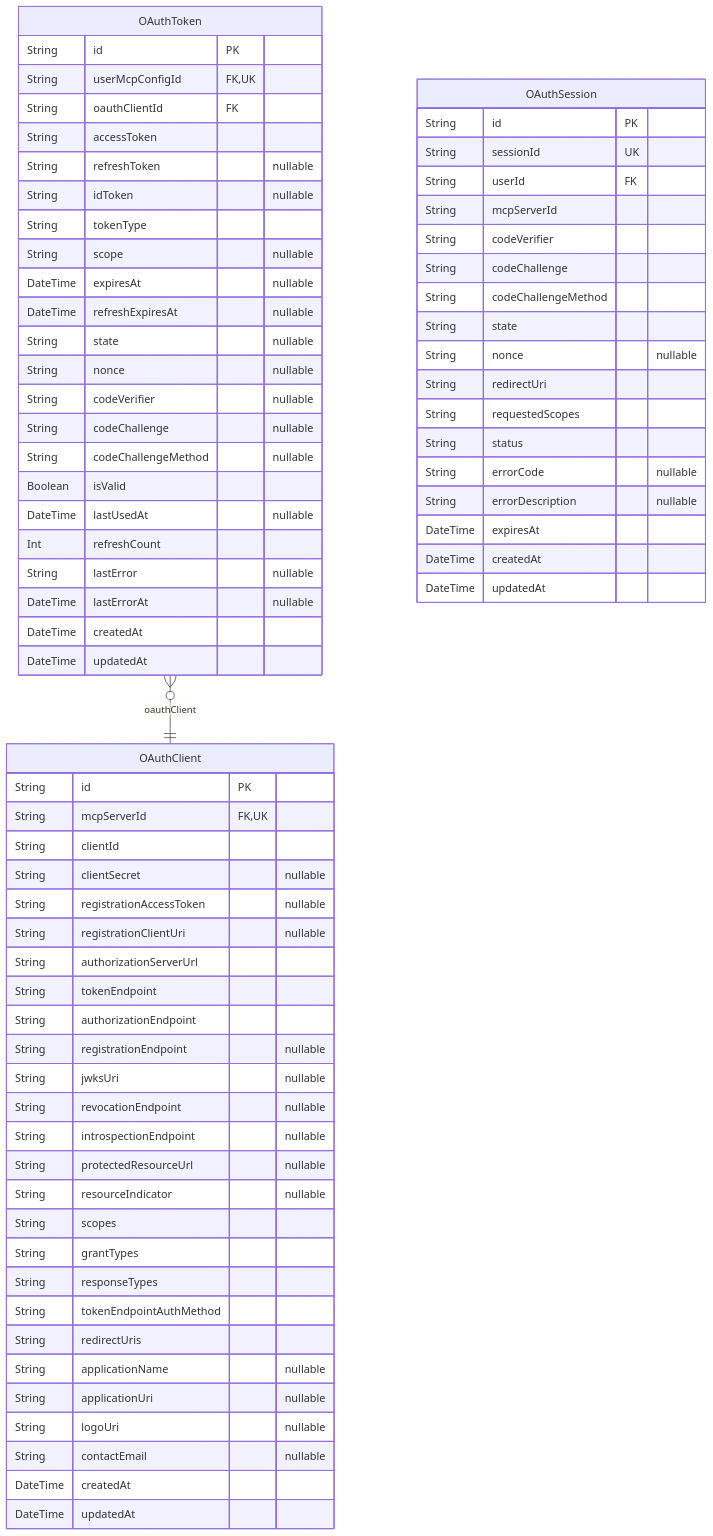
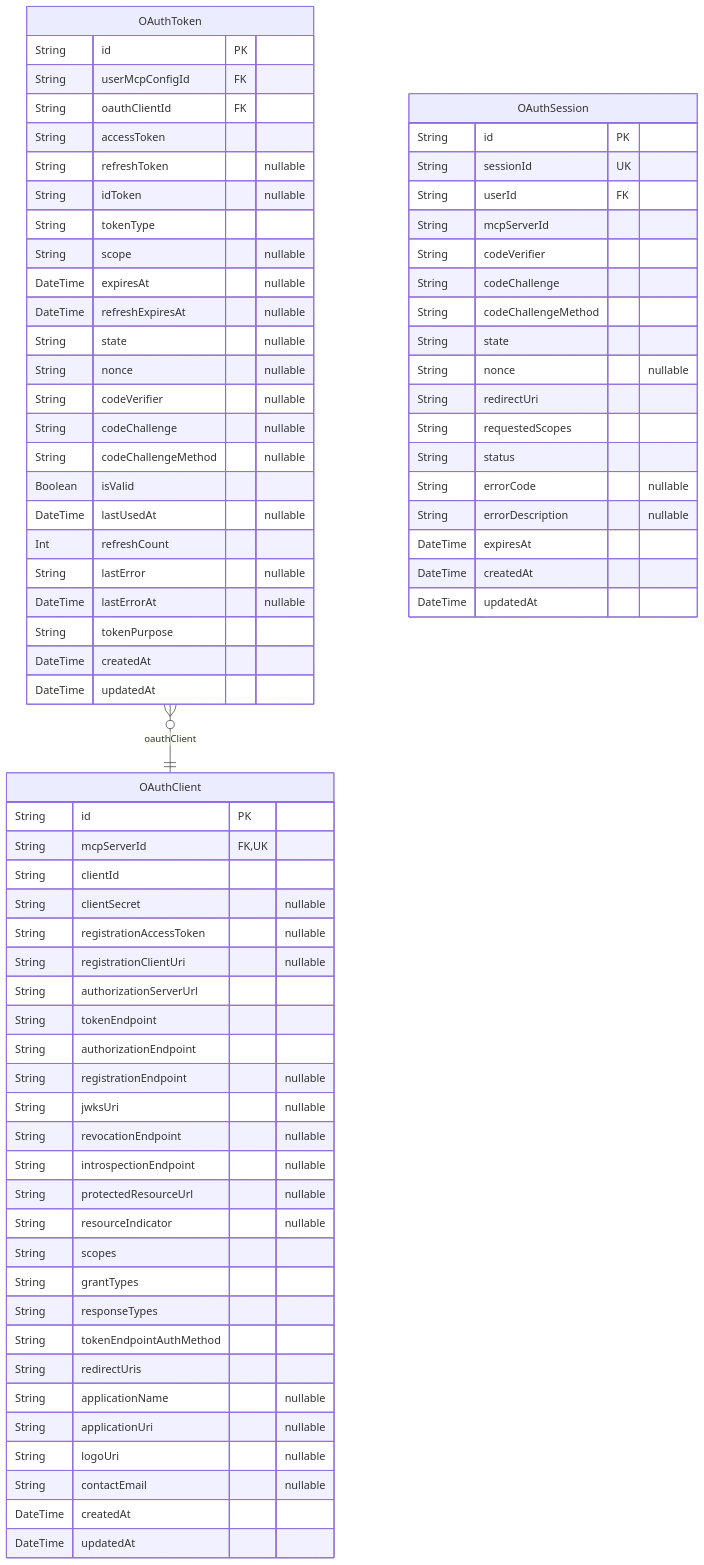
The fourth of 8 diagrams in packages/db/prisma/README.md (rayven122/tumiki), drawn with Mermaid before and after one commit. The commit also changed other lines of this file and 8 other files, not shown here.

First line of the commit message:
feat: Add userId to API Key creation and OAuth token saving

````diff
--- a/packages/db/prisma/README.md
+++ b/packages/db/prisma/README.md
@@ -356,75 +383,76 @@
 ```mermaid
 erDiagram
 "OAuthClient" {
   String id PK
   String mcpServerId FK,UK
   String clientId
   String clientSecret "nullable"
   String registrationAccessToken "nullable"
   String registrationClientUri "nullable"
   String authorizationServerUrl
   String tokenEndpoint
   String authorizationEndpoint
   String registrationEndpoint "nullable"
   String jwksUri "nullable"
   String revocationEndpoint "nullable"
   String introspectionEndpoint "nullable"
   String protectedResourceUrl "nullable"
   String resourceIndicator "nullable"
   String scopes
   String grantTypes
   String responseTypes
   String tokenEndpointAuthMethod
   String redirectUris
   String applicationName "nullable"
   String applicationUri "nullable"
   String logoUri "nullable"
   String contactEmail "nullable"
   DateTime createdAt
   DateTime updatedAt
 }
 "OAuthToken" {
   String id PK
-  String userMcpConfigId FK,UK
+  String userMcpConfigId FK
   String oauthClientId FK
   String accessToken
   String refreshToken "nullable"
   String idToken "nullable"
   String tokenType
   String scope "nullable"
   DateTime expiresAt "nullable"
   DateTime refreshExpiresAt "nullable"
   String state "nullable"
   String nonce "nullable"
   String codeVerifier "nullable"
   String codeChallenge "nullable"
   String codeChallengeMethod "nullable"
   Boolean isValid
   DateTime lastUsedAt "nullable"
   Int refreshCount
   String lastError "nullable"
   DateTime lastErrorAt "nullable"
+  String tokenPurpose
   DateTime createdAt
   DateTime updatedAt
 }
 "OAuthSession" {
   String id PK
   String sessionId UK
   String userId FK
   String mcpServerId
   String codeVerifier
   String codeChallenge
   String codeChallengeMethod
   String state
   String nonce "nullable"
   String redirectUri
   String requestedScopes
   String status
   String errorCode "nullable"
   String errorDescription "nullable"
   DateTime expiresAt
   DateTime createdAt
   DateTime updatedAt
 }
 "OAuthToken" }o--|| "OAuthClient" : oauthClient
 ```
````
